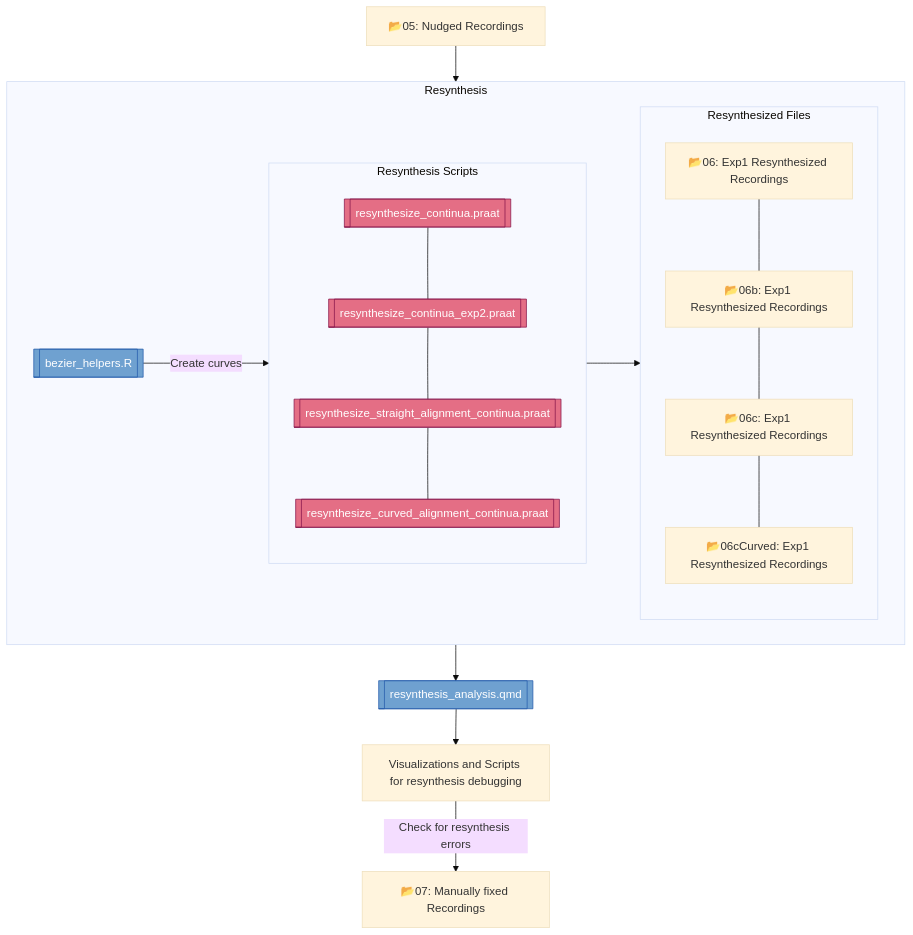
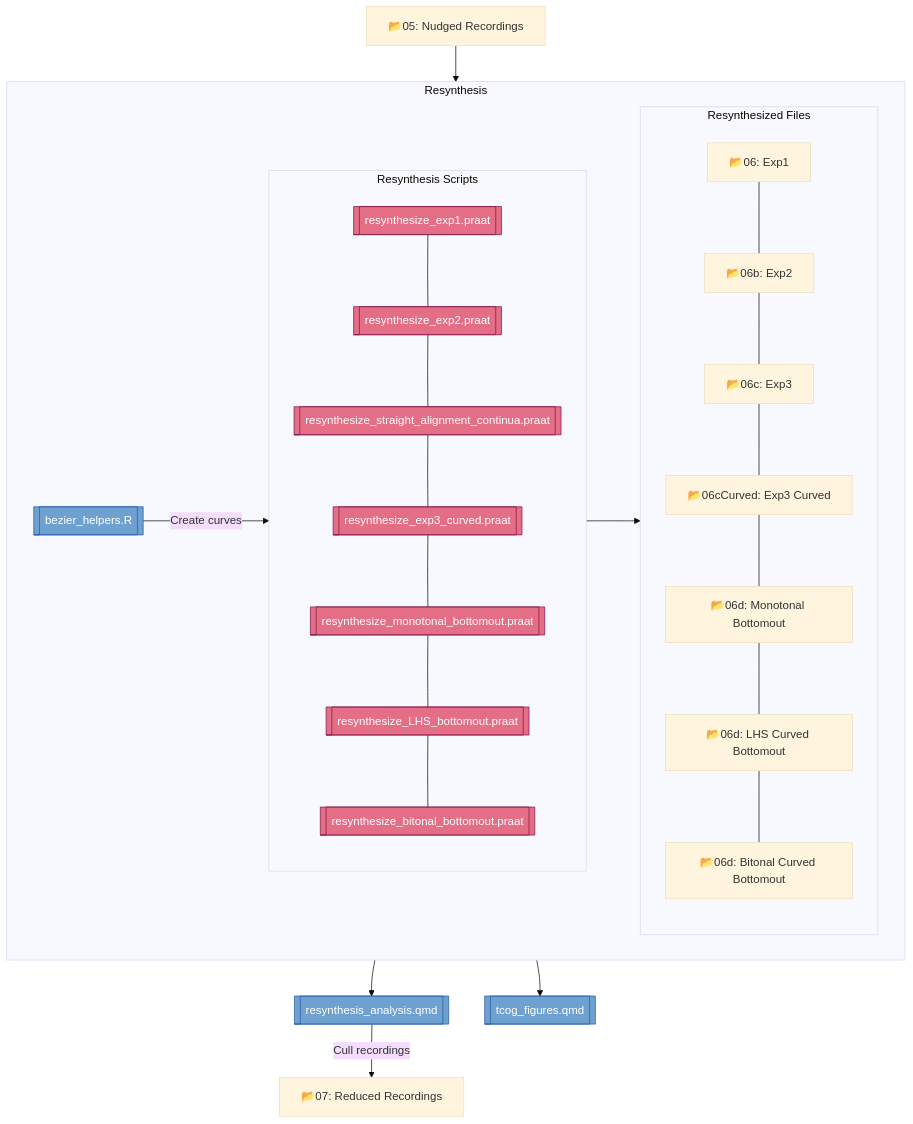
Before and after one commit to tsostarics/rise_stimuli: the fifth of 6 diagrams in Writeups/flowchart.qmd, drawn with Mermaid (base theme). The commit also changed other lines of this file and 380 other files, not shown here.

````diff
--- a/Writeups/flowchart.qmd
+++ b/Writeups/flowchart.qmd
@@ -302,53 +321,71 @@
 ```{mermaid}
 
 flowchart TB
 classDef praat fill:#E46E85,stroke:#85144b,color:#ffffff;
 classDef python fill:#366994,stroke:#FFC331,color:#FFC331;
 classDef rstats fill:#6FA1D0,stroke:#245AAB,color:#ffffff;
 classDef shell fill:#111111,stroke:#2ECC40,color:#ffffff;
 
-Exp1ResynthScript[[resynthesize_continua.praat]]
-Exp2ResynthScript[[resynthesize_continua_exp2.praat]]
+Exp1ResynthScript[[resynthesize_exp1.praat]]
+Exp2ResynthScript[[resynthesize_exp2.praat]]
 Exp3ResynthScript[[resynthesize_straight_alignment_continua.praat]]
-Exp3cResynthScript[[resynthesize_curved_alignment_continua.praat]]
+Exp3cResynthScript[[resynthesize_exp3_curved.praat]]
+Exp1dResynthScript[[resynthesize_monotonal_bottomout.praat]]
+Exp2dResynthScript[[resynthesize_LHS_bottomout.praat]]
+Exp3dResynthScript[[resynthesize_bitonal_bottomout.praat]]
 ResynthAnalysis[[resynthesis_analysis.qmd]]
 BezierHelpers[[bezier_helpers.R]]
+TcogFigures[[tcog_figures.qmd]]
+
 
 class Exp1ResynthScript praat
 class Exp2ResynthScript praat
 class Exp3ResynthScript praat
 class Exp3cResynthScript praat
+class Exp1dResynthScript praat
+class Exp2dResynthScript praat
+class Exp3dResynthScript praat
 class ResynthAnalysis rstats
 class BezierHelpers rstats
+class TcogFigures rstats
+
 
 AvgFiles["📂05: Nudged Recordings"]
-Exp1Resynth["📂06: Exp1 Resynthesized Recordings"]
-Exp2Resynth["📂06b: Exp1 Resynthesized Recordings"]
-Exp3Resynth["📂06c: Exp1 Resynthesized Recordings"]
-Exp3cResynth["📂06cCurved: Exp1 Resynthesized Recordings"]
-FixedFiles["📂07: Manually fixed Recordings"]
+Exp1Resynth["📂06: Exp1"]
+Exp2Resynth["📂06b: Exp2"]
+Exp3Resynth["📂06c: Exp3"]
+Exp3cResynth["📂06cCurved: Exp3 Curved"]
+Exp1dResynth["📂06d: Monotonal Bottomout"]
+Exp2dResynth["📂06d: LHS Curved Bottomout"]
+Exp3dResynth["📂06d: Bitonal Curved Bottomout"]
+FixedFiles["📂07: Reduced Recordings"]
  
 subgraph Resynthesis[Resynthesis]
   direction LR
   subgraph ResynthScripts[Resynthesis Scripts]
     direction TB
     Exp1ResynthScript ---
       Exp2ResynthScript ---
       Exp3ResynthScript ---
-      Exp3cResynthScript
+      Exp3cResynthScript ---
+      Exp1dResynthScript ---
+      Exp2dResynthScript ---
+      Exp3dResynthScript
   end
   subgraph ResynthFiles[Resynthesized Files]
     direction TB
     Exp1Resynth ---
     Exp2Resynth ---
     Exp3Resynth ---
-    Exp3cResynth
+    Exp3cResynth ---
+    Exp1dResynth ---
+    Exp2dResynth ---
+    Exp3dResynth
   end
   BezierHelpers -- Create curves --> ResynthScripts
   ResynthScripts --> ResynthFiles
 end
 AvgFiles --> Resynthesis
-Resynthesis --> ResynthAnalysis
-ResynthAnalysis --> ResynthViz[Visualizations and Scripts for resynthesis debugging]
-ResynthViz -- Check for resynthesis errors --> FixedFiles
+Resynthesis --> ResynthAnalysis & TcogFigures
+ResynthAnalysis -- Cull recordings -->  FixedFiles
 ```
````
